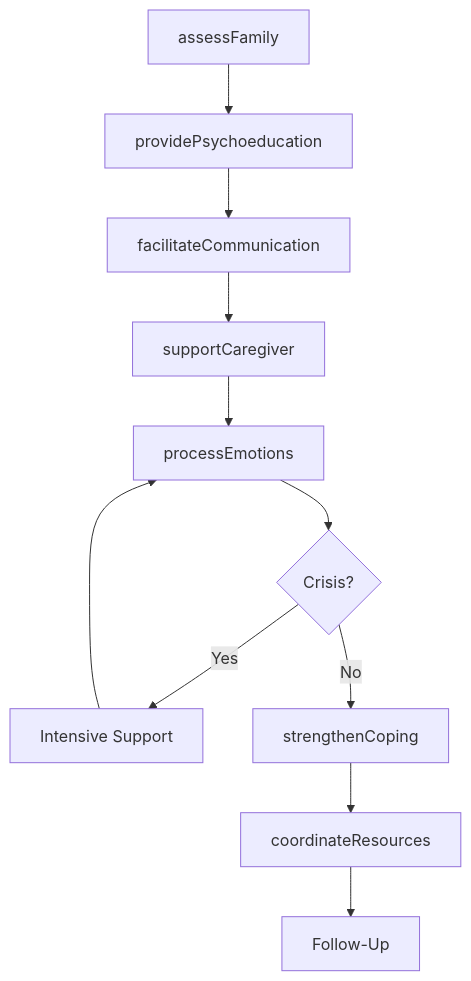
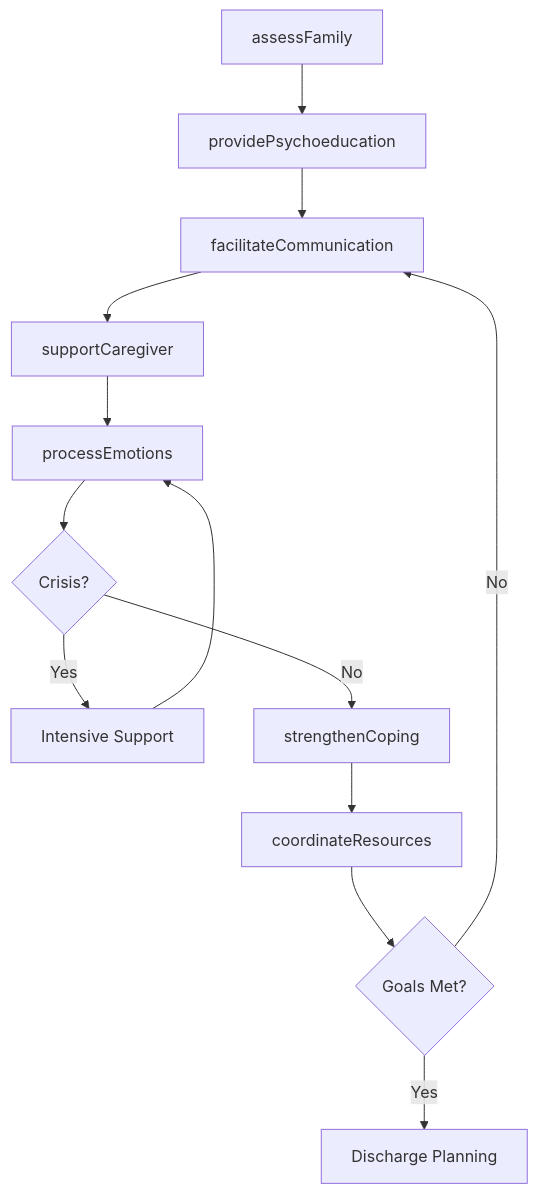
The third of 4 diagrams in ProvidingConsultationAndAdviceToOthers/CounselOthersAboutPersonalMatters/CounselFamilyMembersClientsPatients.mdx (dot-org-ai/tasks.org.ai), drawn with Mermaid before and after one commit. The commit also changed other lines of this file and 504 other files, not shown here.

First line of the commit message:
feat: Add ER diagrams, state diagrams, and workflow improvements to 96 DWA task files

````diff
--- a/ProvidingConsultationAndAdviceToOthers/CounselOthersAboutPersonalMatters/CounselFamilyMembersClientsPatients.mdx
+++ b/ProvidingConsultationAndAdviceToOthers/CounselOthersAboutPersonalMatters/CounselFamilyMembersClientsPatients.mdx
@@ -87,13 +118,15 @@
 ```mermaid
 graph TD
     A[assessFamily] --> B[providePsychoeducation]
     B --> C[facilitateCommunication]
     C --> D[supportCaregiver]
     D --> E[processEmotions]
     E --> F{Crisis?}
     F -->|Yes| G[Intensive Support]
     F -->|No| H[strengthenCoping]
     G --> E
     H --> I[coordinateResources]
-    I --> J[Follow-Up]
+    I --> J{Goals Met?}
+    J -->|No| C
+    J -->|Yes| K[Discharge Planning]
 ```
````
